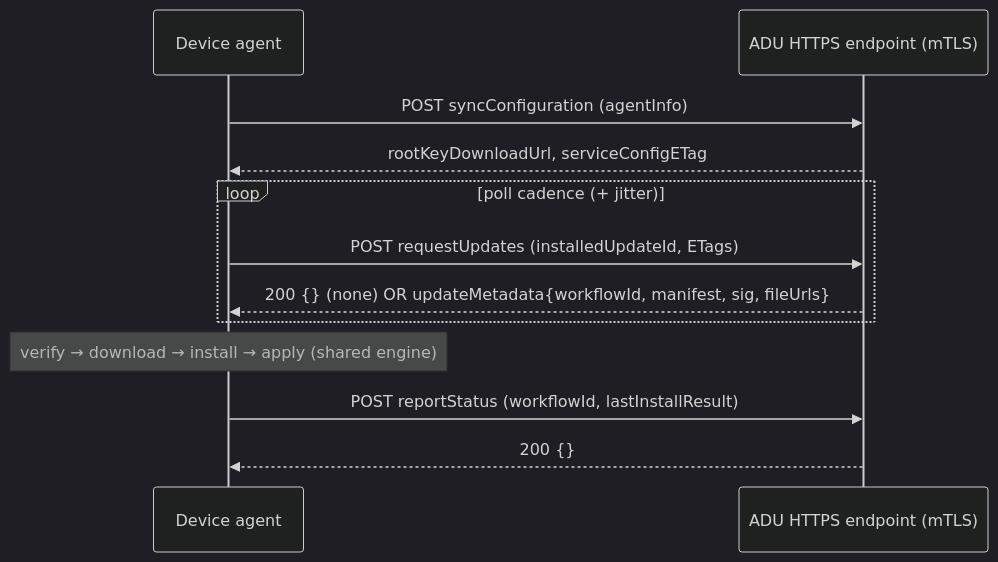
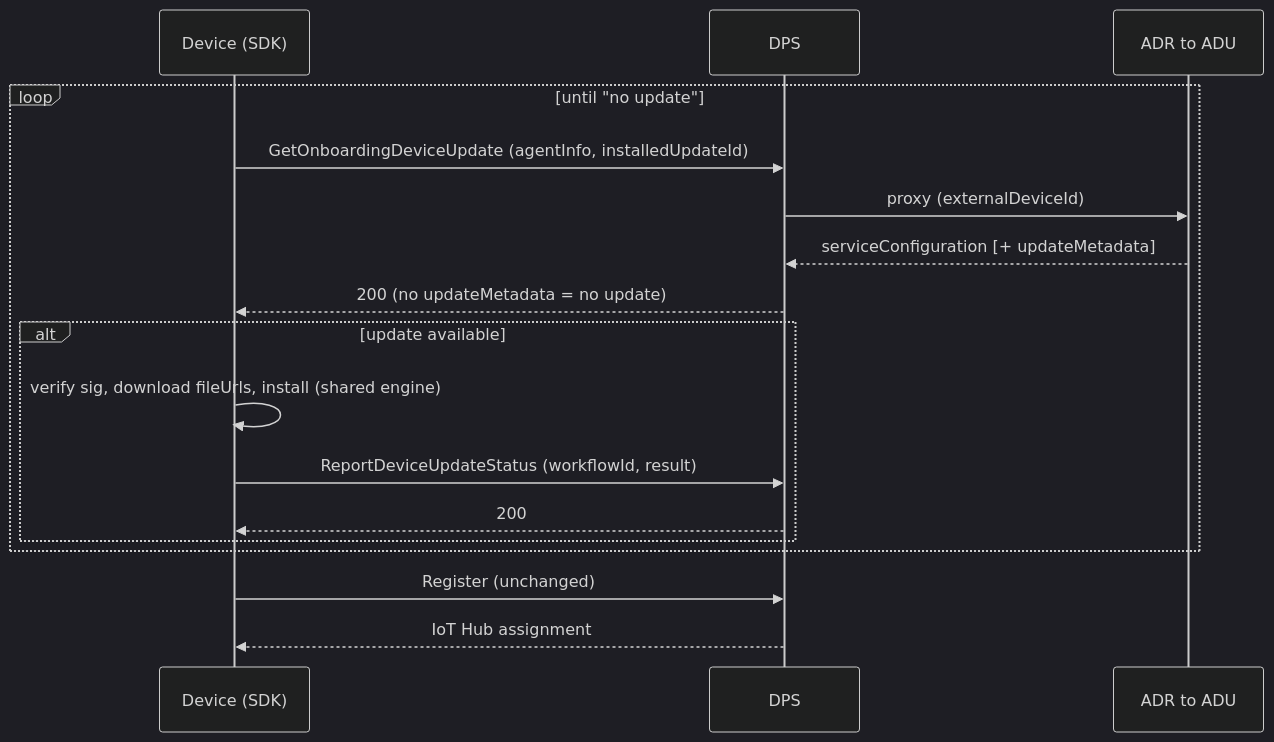
The third of 4 diagrams in c/docs/eng/adu-client-plan.md (Azure/azure-iot-sdk), drawn with Mermaid (dark theme) before and after one commit. The commit also changed other lines of this file and 2 other files, not shown here.

First line of the commit message:
Refactor ADUv2 to the DPS-fronted design; add aduv2-spec; scrub cost estimates

````diff
--- a/c/docs/eng/adu-client-plan.md
+++ b/c/docs/eng/adu-client-plan.md
@@ -264,14 +254,19 @@
 ```mermaid
 sequenceDiagram
-    participant Dev as Device agent
-    participant ADU as ADU HTTPS endpoint (mTLS)
-    Dev->>ADU: POST syncConfiguration (agentInfo)
-    ADU-->>Dev: rootKeyDownloadUrl, serviceConfigETag
-    loop poll cadence (+ jitter)
-      Dev->>ADU: POST requestUpdates (installedUpdateId, ETags)
-      ADU-->>Dev: 200 {} (none) OR updateMetadata{workflowId, manifest, sig, fileUrls}
+    participant Dev as Device (SDK)
+    participant DPS as DPS
+    participant ADU as ADR to ADU
+    loop until "no update"
+      Dev->>DPS: GetOnboardingDeviceUpdate (agentInfo, installedUpdateId)
+      DPS->>ADU: proxy (externalDeviceId)
+      ADU-->>DPS: serviceConfiguration [+ updateMetadata]
+      DPS-->>Dev: 200 (no updateMetadata = no update)
+      alt update available
+        Dev->>Dev: verify sig, download fileUrls, install (shared engine)
+        Dev->>DPS: ReportDeviceUpdateStatus (workflowId, result)
+        DPS-->>Dev: 200
+      end
     end
-    Note over Dev: verify → download → install → apply (shared engine)
-    Dev->>ADU: POST reportStatus (workflowId, lastInstallResult)
-    ADU-->>Dev: 200 {}
+    Dev->>DPS: Register (unchanged)
+    DPS-->>Dev: IoT Hub assignment
 ```
````
